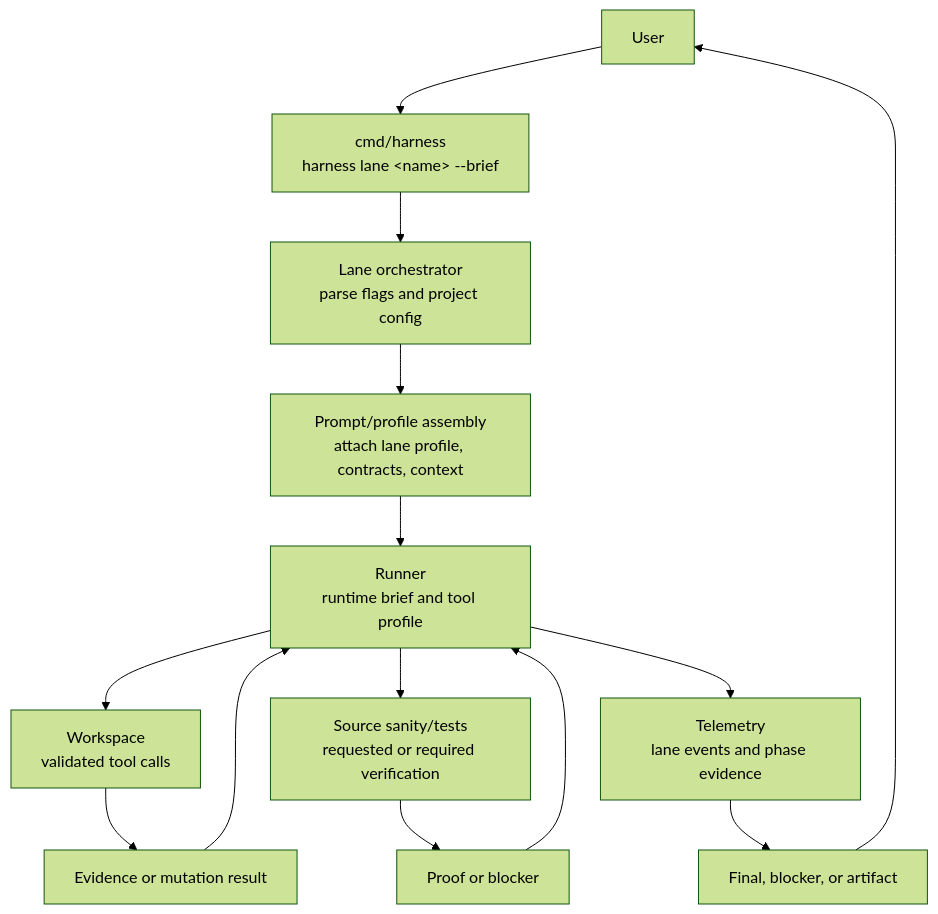
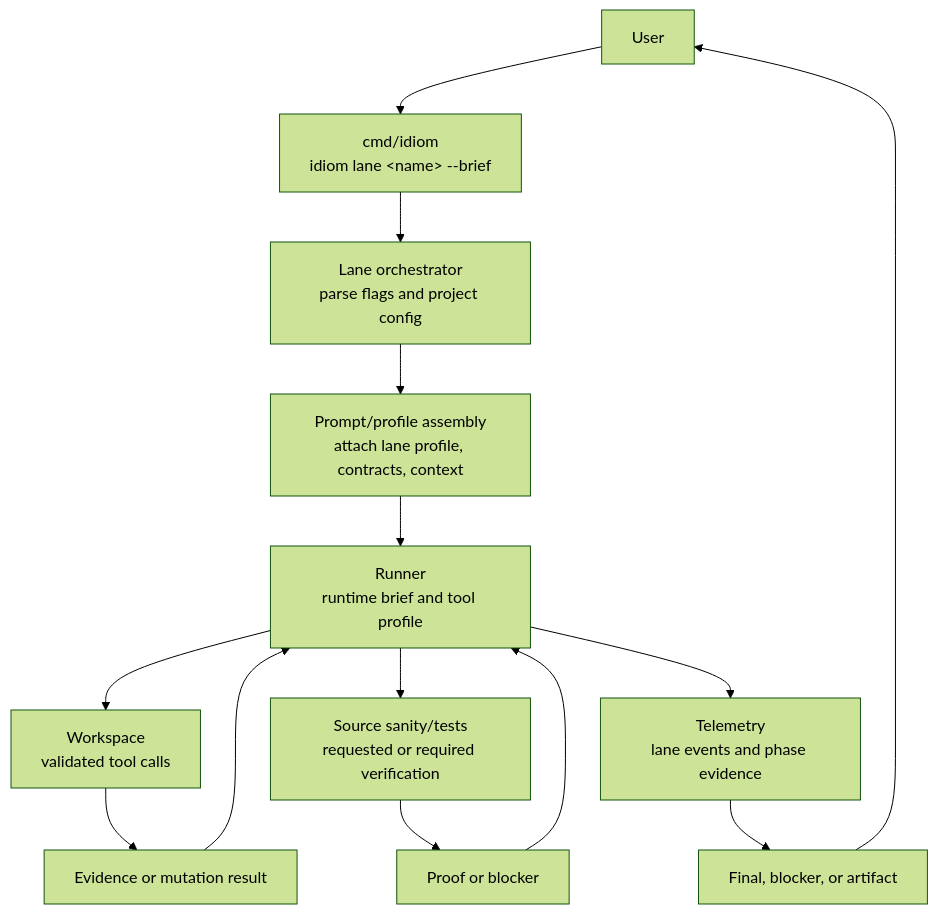
The first of 2 diagrams in docs/obsidian-export/docs/obsidian/04 - Runtime Lanes.md (BLuchterhand/Idiom), drawn with Mermaid (forest theme) before and after one commit. The commit also changed other lines of this file and 972 other files, not shown here.

````diff
--- a/docs/obsidian-export/docs/obsidian/04 - Runtime Lanes.md
+++ b/docs/obsidian-export/docs/obsidian/04 - Runtime Lanes.md
@@ -31,19 +31,19 @@
 ```mermaid
 flowchart TD
     User["User"]
-    CLI["cmd/harness<br/>harness lane &lt;name&gt; --brief"]
+    CLI["cmd/idiom<br/>idiom lane &lt;name&gt; --brief"]
     Lane["Lane orchestrator<br/>parse flags and project config"]
     Prompt["Prompt/profile assembly<br/>attach lane profile, contracts, context"]
     Runner["Runner<br/>runtime brief and tool profile"]
     Workspace["Workspace<br/>validated tool calls"]
     ToolResult["Evidence or mutation result"]
     Verify["Source sanity/tests<br/>requested or required verification"]
     Proof["Proof or blocker"]
     Telemetry["Telemetry<br/>lane events and phase evidence"]
     Result["Final, blocker, or artifact"]
 
     User --> CLI --> Lane --> Prompt --> Runner
     Runner --> Workspace --> ToolResult --> Runner
     Runner --> Verify --> Proof --> Runner
     Runner --> Telemetry --> Result --> User
 ```
````
